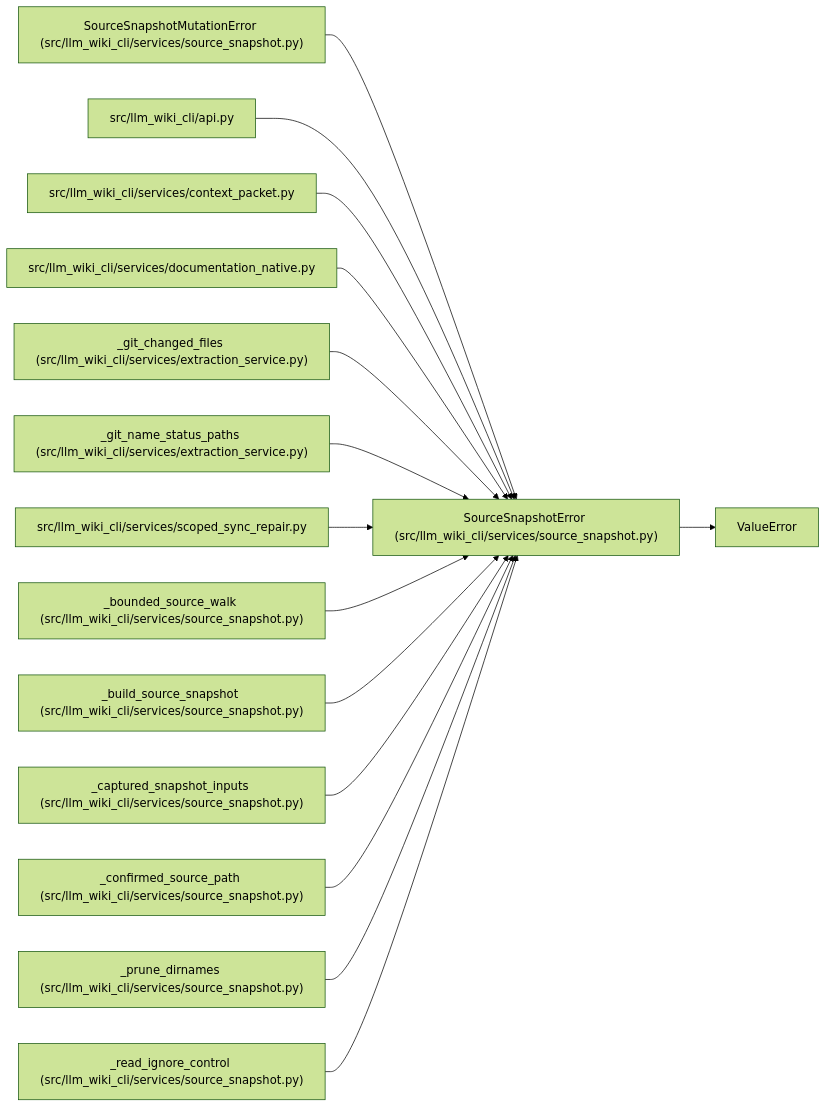
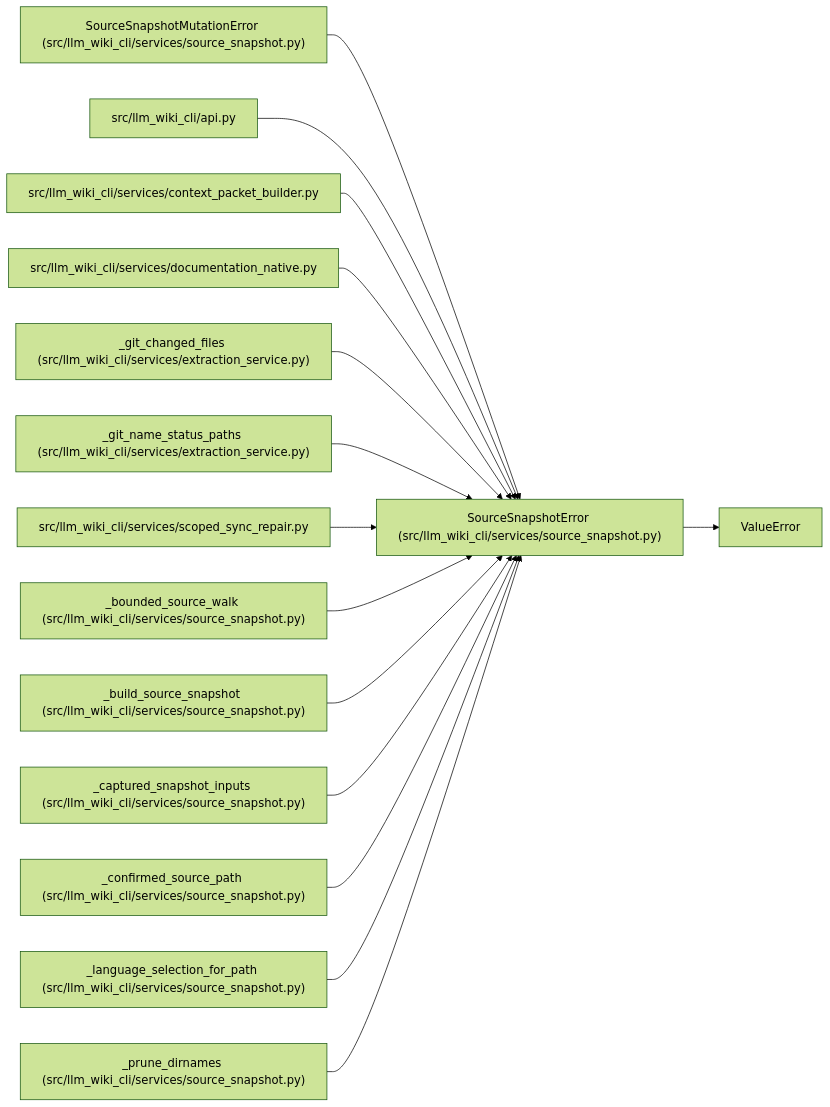
One commit to Denissvgn/python-wiki-llm changed the diagram in docs/llm_wiki/entities/SourceSnapshotError.md. Above: the diagram before and after it, drawn with Mermaid (forest theme). The commit also changed other lines of this file and 1555 other files, not shown here.

````diff
--- a/docs/llm_wiki/entities/SourceSnapshotError.md
+++ b/docs/llm_wiki/entities/SourceSnapshotError.md
@@ -25,46 +25,46 @@
 ```mermaid
 flowchart LR
     n0["SourceSnapshotError (src/llm_wiki_cli/services/source_snapshot.py)"]
     n1["ValueError"]
     n2["SourceSnapshotMutationError (src/llm_wiki_cli/services/source_snapshot.py)"]
     n3["src/llm_wiki_cli/api.py"]
-    n4["src/llm_wiki_cli/services/context_packet.py"]
+    n4["src/llm_wiki_cli/services/context_packet_builder.py"]
     n5["src/llm_wiki_cli/services/documentation_native.py"]
     n6["_git_changed_files (src/llm_wiki_cli/services/extraction_service.py)"]
     n7["_git_name_status_paths (src/llm_wiki_cli/services/extraction_service.py)"]
     n8["src/llm_wiki_cli/services/scoped_sync_repair.py"]
     n9["_bounded_source_walk (src/llm_wiki_cli/services/source_snapshot.py)"]
     n10["_build_source_snapshot (src/llm_wiki_cli/services/source_snapshot.py)"]
     n11["_captured_snapshot_inputs (src/llm_wiki_cli/services/source_snapshot.py)"]
     n12["_confirmed_source_path (src/llm_wiki_cli/services/source_snapshot.py)"]
-    n13["_prune_dirnames (src/llm_wiki_cli/services/source_snapshot.py)"]
-    n14["_read_ignore_control (src/llm_wiki_cli/services/source_snapshot.py)"]
+    n13["_language_selection_for_path (src/llm_wiki_cli/services/source_snapshot.py)"]
+    n14["_prune_dirnames (src/llm_wiki_cli/services/source_snapshot.py)"]
     n0 --> n1
     n2 --> n0
     n3 --> n0
     n4 --> n0
     n5 --> n0
     n6 --> n0
     n7 --> n0
     n8 --> n0
     n9 --> n0
     n10 --> n0
     n11 --> n0
     n12 --> n0
     n13 --> n0
     n14 --> n0
     click n0 "../modules/source_snapshot.md"
     click n2 "../modules/source_snapshot.md"
     click n3 "../modules/api.md"
-    click n4 "../modules/context_packet.md"
+    click n4 "../modules/context_packet_builder.md"
     click n5 "../modules/documentation_native.md"
     click n6 "../modules/extraction_service.md"
     click n7 "../modules/extraction_service.md"
     click n8 "../modules/scoped_sync_repair.md"
     click n9 "../modules/source_snapshot.md"
     click n10 "../modules/source_snapshot.md"
     click n11 "../modules/source_snapshot.md"
     click n12 "../modules/source_snapshot.md"
     click n13 "../modules/source_snapshot.md"
     click n14 "../modules/source_snapshot.md"
 ```
````
